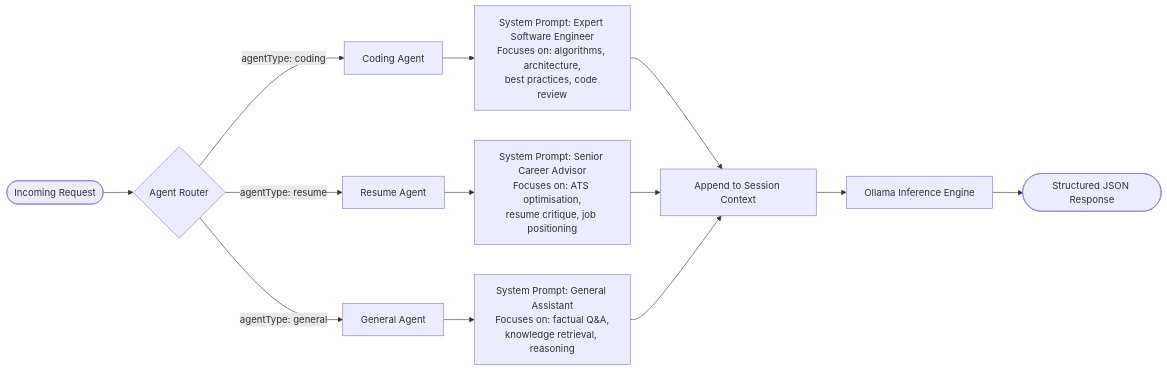
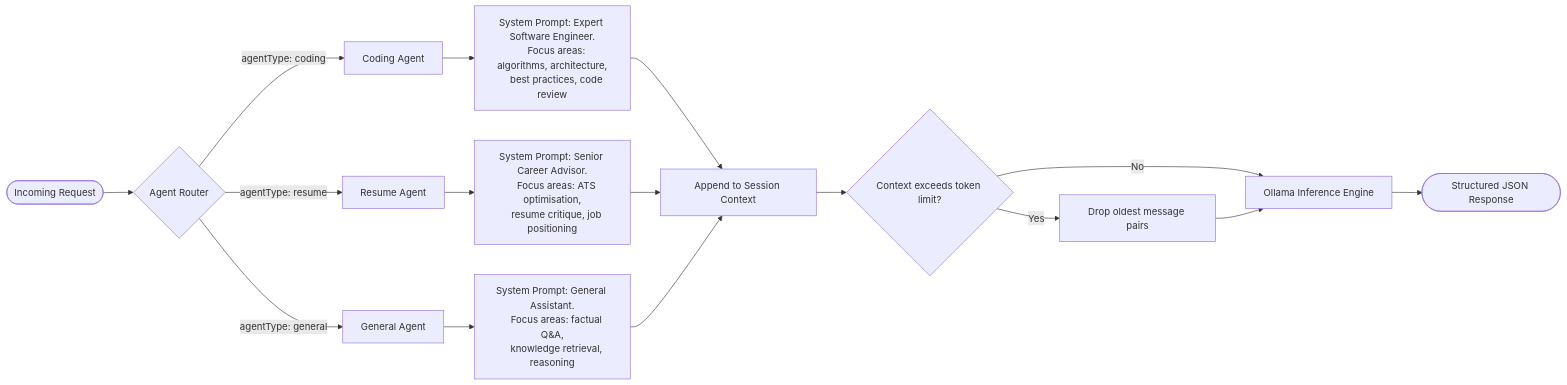
The second of 6 diagrams in README.md (hardikkaurani/devsphere-ai), drawn with Mermaid before and after one commit. The commit also changed other lines of this file, not shown here.

````diff
--- a/README.md
+++ b/README.md
@@ -137,19 +162,29 @@
 ```mermaid
 flowchart LR
     REQ([Incoming Request]) --> ROUTER{Agent Router}
 
     ROUTER -->|agentType: coding| CA[Coding Agent]
     ROUTER -->|agentType: resume| RA[Resume Agent]
     ROUTER -->|agentType: general| GA[General Agent]
 
-    CA --> CP[System Prompt: Expert Software Engineer\nFocuses on: algorithms, architecture,\nbest practices, code review]
-    RA --> RP[System Prompt: Senior Career Advisor\nFocuses on: ATS optimisation,\nresume critique, job positioning]
-    GA --> GP[System Prompt: General Assistant\nFocuses on: factual Q&A,\nknowledge retrieval, reasoning]
+    CA --> CP["System Prompt: Expert Software Engineer.
+    Focus areas: algorithms, architecture,
+    best practices, code review"]
+    RA --> RP["System Prompt: Senior Career Advisor.
+    Focus areas: ATS optimisation,
+    resume critique, job positioning"]
+    GA --> GP["System Prompt: General Assistant.
+    Focus areas: factual Q&A,
+    knowledge retrieval, reasoning"]
 
     CP --> CTX[Append to Session Context]
     RP --> CTX
     GP --> CTX
 
-    CTX --> OLLAMA[Ollama Inference Engine]
+    CTX --> TRIM{Context exceeds token limit?}
+    TRIM -->|Yes| PRUNE[Drop oldest message pairs]
+    TRIM -->|No| OLLAMA[Ollama Inference Engine]
+    PRUNE --> OLLAMA
+
     OLLAMA --> RESP([Structured JSON Response])
 ```
````
